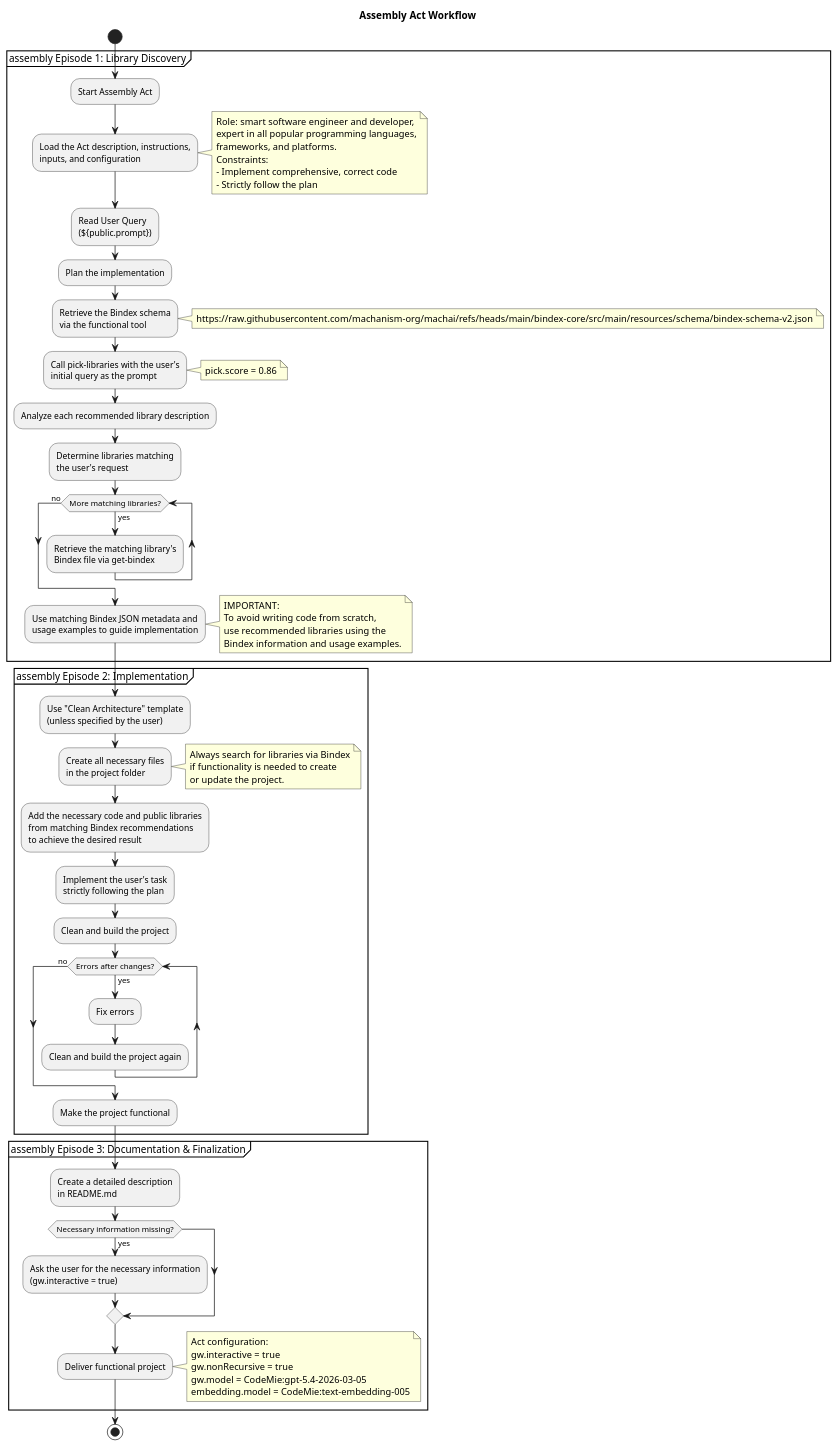
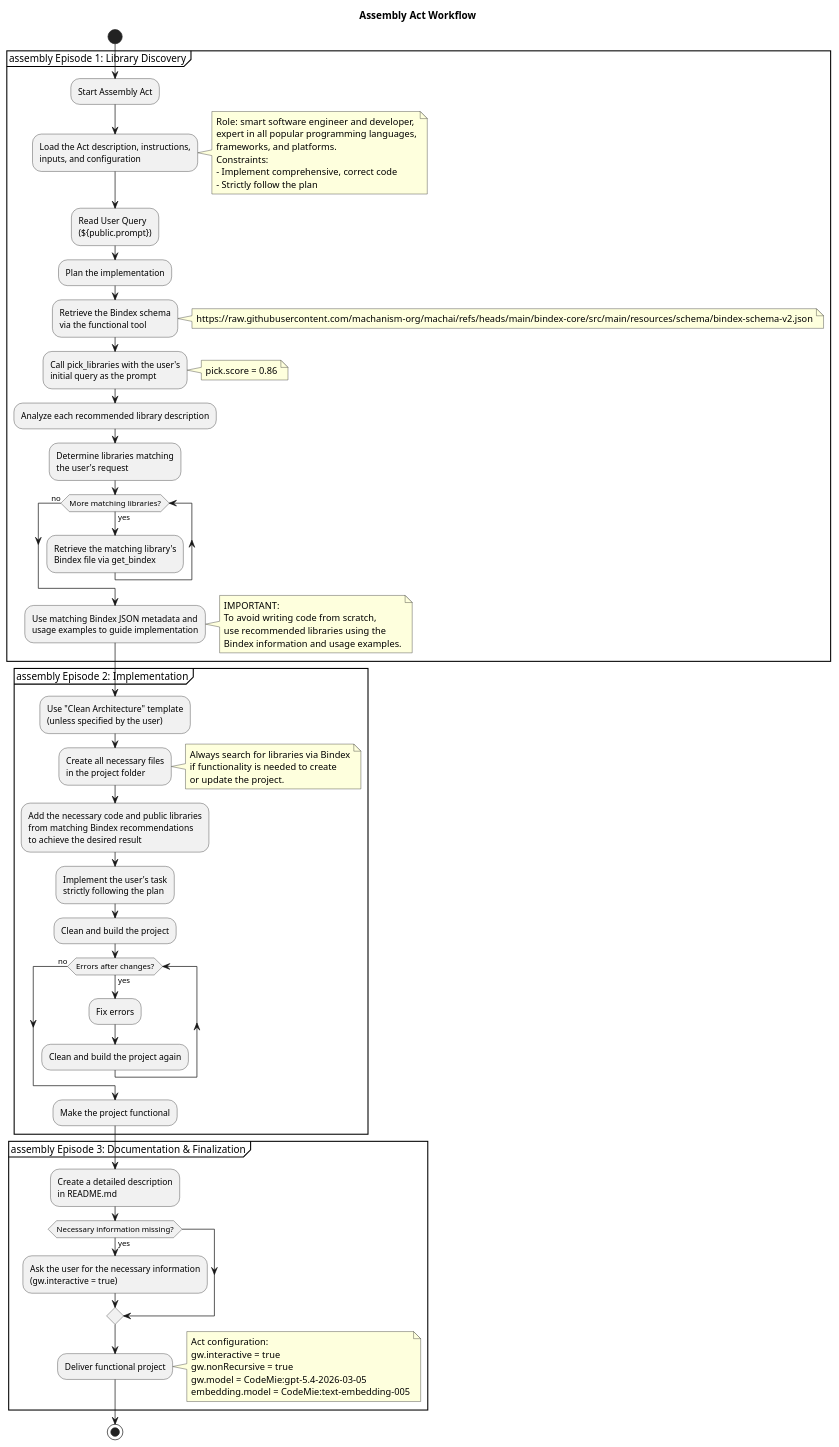
Before and after one commit to machanism-org/bindex-core: the diagram in src/site/puml/assembly-act-workflow.puml, drawn with PlantUML. The commit also changed 4 other files, not shown here.

```diff
--- a/src/site/puml/assembly-act-workflow.puml
+++ b/src/site/puml/assembly-act-workflow.puml
@@ -5,77 +5,77 @@
 @startuml assembly-workflow
 
 title Assembly Act Workflow
 
 start
 
 partition "assembly Episode 1: Library Discovery" {
   :Start Assembly Act;
   :Load the Act description, instructions,\ninputs, and configuration;
   note right
     Role: smart software engineer and developer,
     expert in all popular programming languages,
     frameworks, and platforms.
     Constraints:
     - Implement comprehensive, correct code
     - Strictly follow the plan
   end note
   :Read User Query\n(${public.prompt});
   :Plan the implementation;
   :Retrieve the Bindex schema\nvia the functional tool;
   note right
     https://raw.githubusercontent.com/machanism-org/machai/refs/heads/main/bindex-core/src/main/resources/schema/bindex-schema-v2.json
   end note
-  :Call pick-libraries with the user's\ninitial query as the prompt;
+  :Call pick_libraries with the user's\ninitial query as the prompt;
   note right
     pick.score = 0.86
   end note
   :Analyze each recommended library description;
   :Determine libraries matching\nthe user's request;
   while (More matching libraries?) is (yes)
-    :Retrieve the matching library's\nBindex file via get-bindex;
+    :Retrieve the matching library's\nBindex file via get_bindex;
   endwhile (no)
   :Use matching Bindex JSON metadata and\nusage examples to guide implementation;
   note right
     IMPORTANT:
     To avoid writing code from scratch,
     use recommended libraries using the
     Bindex information and usage examples.
   end note
 }
 
 partition "assembly Episode 2: Implementation" {
   :Use "Clean Architecture" template\n(unless specified by the user);
   :Create all necessary files\nin the project folder;
   note right
     Always search for libraries via Bindex
     if functionality is needed to create
     or update the project.
   end note
   :Add the necessary code and public libraries\nfrom matching Bindex recommendations\nto achieve the desired result;
   :Implement the user's task\nstrictly following the plan;
   :Clean and build the project;
   while (Errors after changes?) is (yes)
     :Fix errors;
     :Clean and build the project again;
   endwhile (no)
   :Make the project functional;
 }
 
 partition "assembly Episode 3: Documentation & Finalization" {
   :Create a detailed description\nin README.md;
   if (Necessary information missing?) then (yes)
     :Ask the user for the necessary information\n(gw.interactive = true);
   endif
   :Deliver functional project;
   note right
     Act configuration:
     gw.interactive = true
     gw.nonRecursive = true
     gw.model = CodeMie:gpt-5.4-2026-03-05
     embedding.model = CodeMie:text-embedding-005
   end note
 }
 
 stop
 
 @enduml
```
